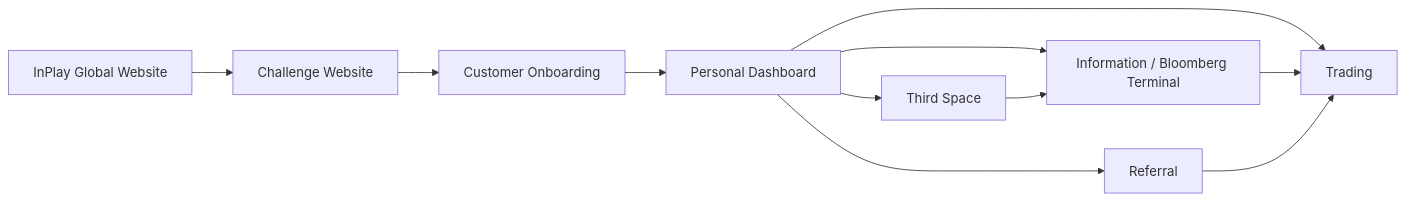
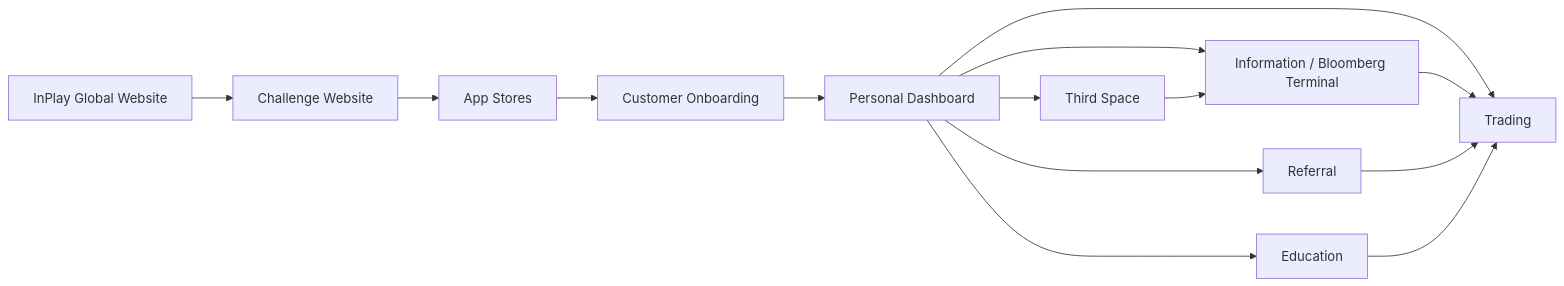
One commit to Novosapien/inplay-vault changed the diagram in content/Vision/vision.md. Above: the diagram before and after it, drawn with Mermaid. The commit also changed other lines of this file, not shown here.

First line of the commit message:
Update component map: fix diagram flows, add Education component

````diff
--- a/content/Vision/vision.md
+++ b/content/Vision/vision.md
@@ -772,13 +772,16 @@
 ```mermaid
 graph LR
     Global[InPlay Global Website] --> Challenge[Challenge Website]
-    Challenge --> Onboarding[Customer Onboarding]
+    Challenge --> AppStores[App Stores]
+    AppStores --> Onboarding[Customer Onboarding]
     Onboarding --> Dashboard[Personal Dashboard]
     Dashboard --> Info[Information / Bloomberg Terminal]
     Dashboard --> Trading[Trading]
     Dashboard --> Referral[Referral]
     Dashboard --> ThirdSpace[Third Space]
+    Dashboard --> Education[Education]
     Info --> Trading
     Referral --> Trading
     ThirdSpace --> Info
+    Education --> Trading
 ```
````
